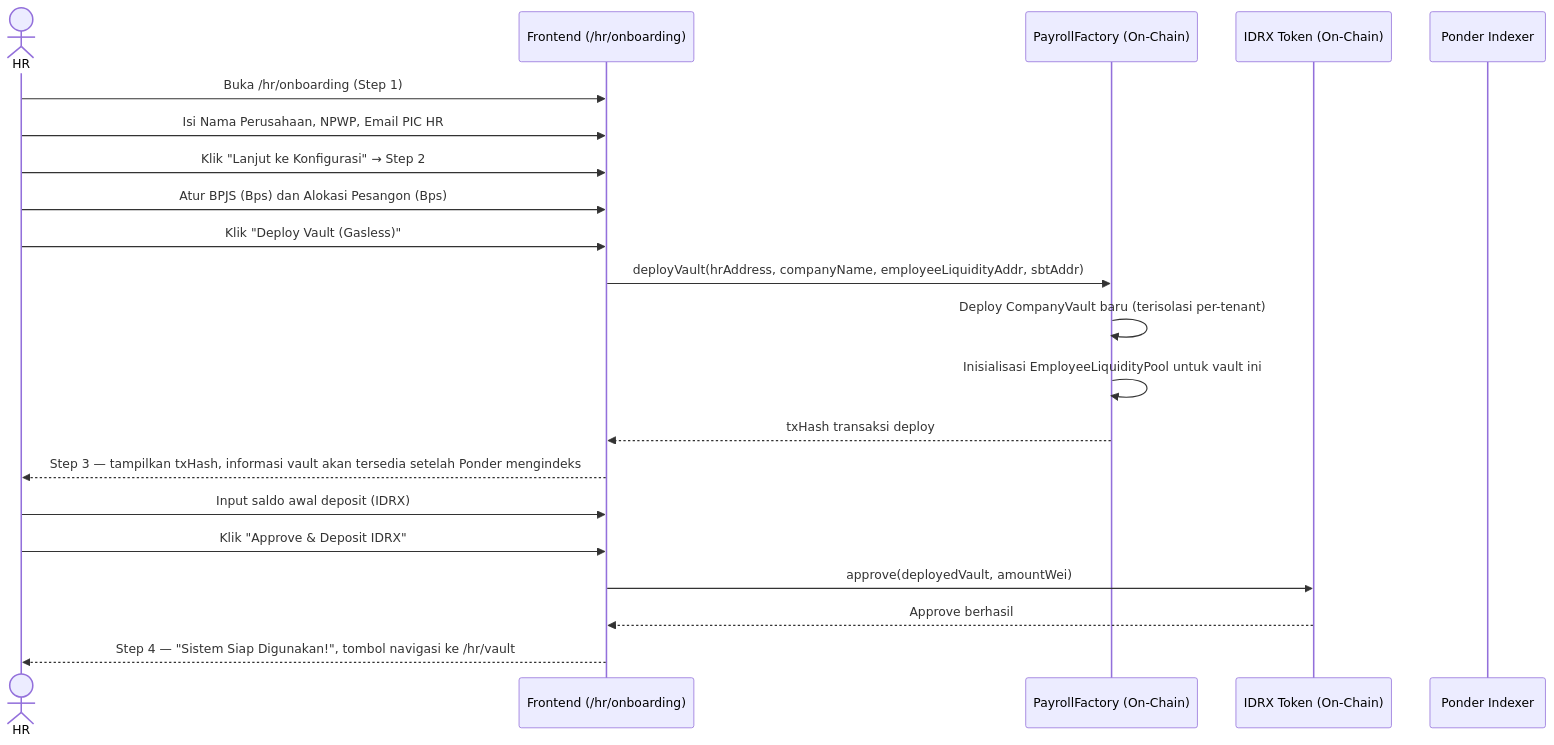
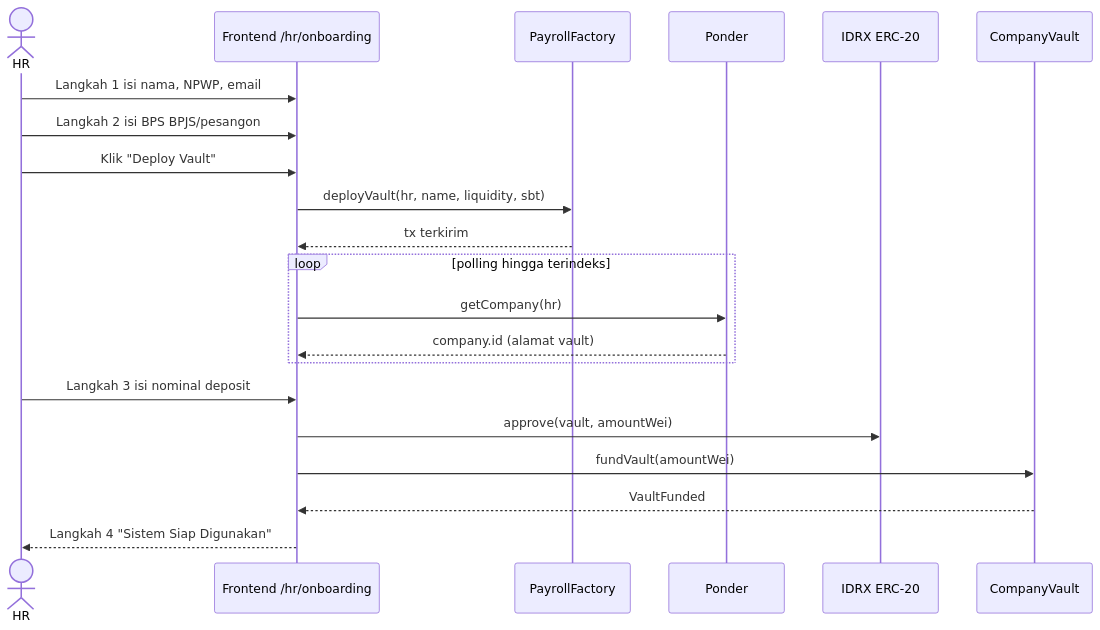
One commit to skripsi-payroll-dapp/docs changed the sixth of 44 diagrams in docs/DPPL.md. Above: the diagram before and after it, drawn with Mermaid. The commit also changed other lines of this file and 4 other files, not shown here.

````diff
--- a/docs/DPPL.md
+++ b/docs/DPPL.md
@@ -614,24 +410,23 @@
 ```mermaid
 sequenceDiagram
     actor HR
-    participant FE as Frontend (/hr/onboarding)
-    participant Factory as PayrollFactory (On-Chain)
-    participant IDRX as IDRX Token (On-Chain)
-    participant Ponder as Ponder Indexer
-
-    HR->>FE: Buka /hr/onboarding (Step 1)
-    HR->>FE: Isi Nama Perusahaan, NPWP, Email PIC HR
-    HR->>FE: Klik "Lanjut ke Konfigurasi" → Step 2
-    HR->>FE: Atur BPJS (Bps) dan Alokasi Pesangon (Bps)
-    HR->>FE: Klik "Deploy Vault (Gasless)"
-    FE->>Factory: deployVault(hrAddress, companyName, employeeLiquidityAddr, sbtAddr)
-    Factory->>Factory: Deploy CompanyVault baru (terisolasi per-tenant)
-    Factory->>Factory: Inisialisasi EmployeeLiquidityPool untuk vault ini
-    Factory-->>FE: txHash transaksi deploy
-    FE-->>HR: Step 3 — tampilkan txHash, informasi vault akan tersedia setelah Ponder mengindeks
-    HR->>FE: Input saldo awal deposit (IDRX)
-    HR->>FE: Klik "Approve & Deposit IDRX"
-    FE->>IDRX: approve(deployedVault, amountWei)
-    IDRX-->>FE: Approve berhasil
-    FE-->>HR: Step 4 — "Sistem Siap Digunakan!", tombol navigasi ke /hr/vault
+    participant FE as Frontend /hr/onboarding
+    participant F as PayrollFactory
+    participant PO as Ponder
+    participant IDRX as IDRX ERC-20
+    participant V as CompanyVault
+    HR->>FE: Langkah 1 isi nama, NPWP, email
+    HR->>FE: Langkah 2 isi BPS BPJS/pesangon
+    HR->>FE: Klik "Deploy Vault"
+    FE->>F: deployVault(hr, name, liquidity, sbt)
+    F-->>FE: tx terkirim
+    loop polling hingga terindeks
+        FE->>PO: getCompany(hr)
+        PO-->>FE: company.id (alamat vault)
+    end
+    HR->>FE: Langkah 3 isi nominal deposit
+    FE->>IDRX: approve(vault, amountWei)
+    FE->>V: fundVault(amountWei)
+    V-->>FE: VaultFunded
+    FE-->>HR: Langkah 4 "Sistem Siap Digunakan"
 ```
````
